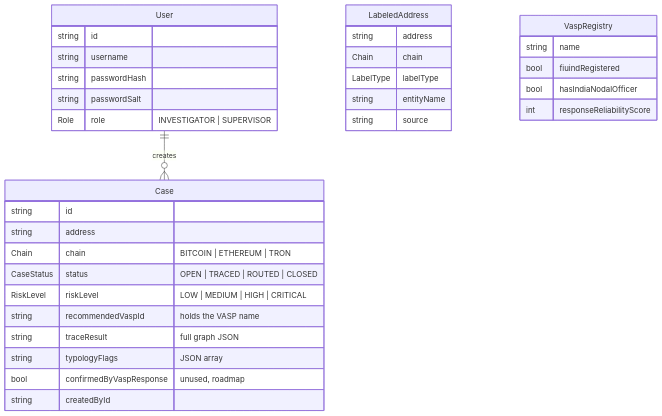
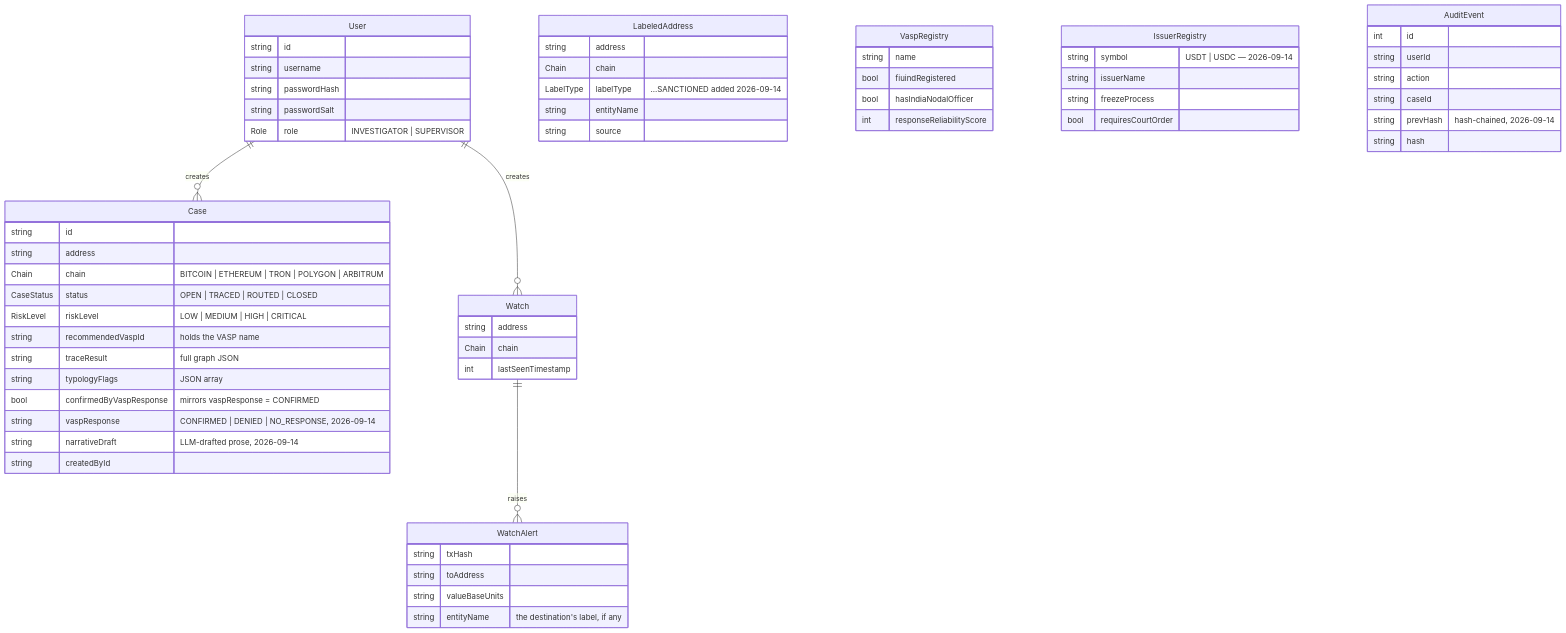
The third of 3 diagrams in docs/EXPLAINER.md (kryyo1441/vasptrace), drawn with Mermaid before and after one commit. The commit also changed other lines of this file and 5 other files, not shown here.

First line of the commit message:
docs: update ROADMAP.md with status and details of shipped items as of 2026-09-14

````diff
--- a/docs/EXPLAINER.md
+++ b/docs/EXPLAINER.md
@@ -1489,36 +1765,65 @@
 ```mermaid
 erDiagram
     User ||--o{ Case : creates
+    User ||--o{ Watch : creates
+    Watch ||--o{ WatchAlert : "raises"
     User {
         string id
         string username
         string passwordHash
         string passwordSalt
         Role role "INVESTIGATOR | SUPERVISOR"
     }
     Case {
         string id
         string address
-        Chain chain "BITCOIN | ETHEREUM | TRON"
+        Chain chain "BITCOIN | ETHEREUM | TRON | POLYGON | ARBITRUM"
         CaseStatus status "OPEN | TRACED | ROUTED | CLOSED"
         RiskLevel riskLevel "LOW | MEDIUM | HIGH | CRITICAL"
         string recommendedVaspId "holds the VASP name"
         string traceResult "full graph JSON"
         string typologyFlags "JSON array"
-        bool confirmedByVaspResponse "unused, roadmap"
+        bool confirmedByVaspResponse "mirrors vaspResponse = CONFIRMED"
+        string vaspResponse "CONFIRMED | DENIED | NO_RESPONSE, 2026-09-14"
+        string narrativeDraft "LLM-drafted prose, 2026-09-14"
         string createdById
     }
     LabeledAddress {
         string address
         Chain chain
-        LabelType labelType
+        LabelType labelType "…SANCTIONED added 2026-09-14"
         string entityName
         string source
     }
     VaspRegistry {
         string name
         bool fiuindRegistered
         bool hasIndiaNodalOfficer
         int responseReliabilityScore
     }
+    IssuerRegistry {
+        string symbol "USDT | USDC — 2026-09-14"
+        string issuerName
+        string freezeProcess
+        bool requiresCourtOrder
+    }
+    AuditEvent {
+        int id
+        string userId
+        string action
+        string caseId
+        string prevHash "hash-chained, 2026-09-14"
+        string hash
+    }
+    Watch {
+        string address
+        Chain chain
+        int lastSeenTimestamp
+    }
+    WatchAlert {
+        string txHash
+        string toAddress
+        string valueBaseUnits
+        string entityName "the destination's label, if any"
+    }
 ```
````
